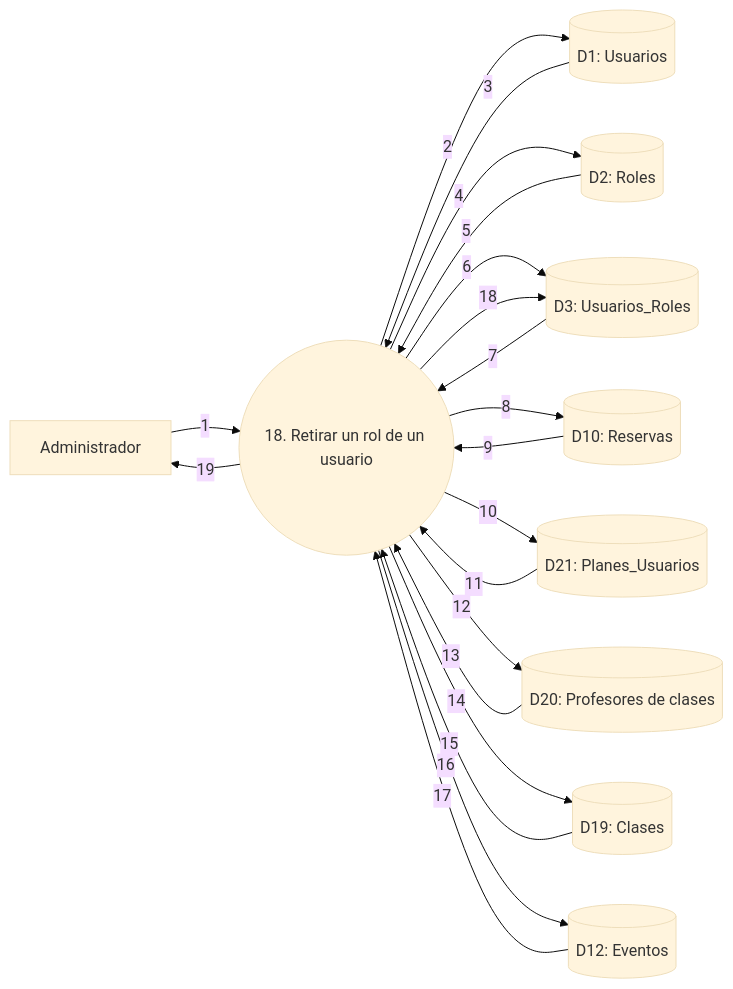
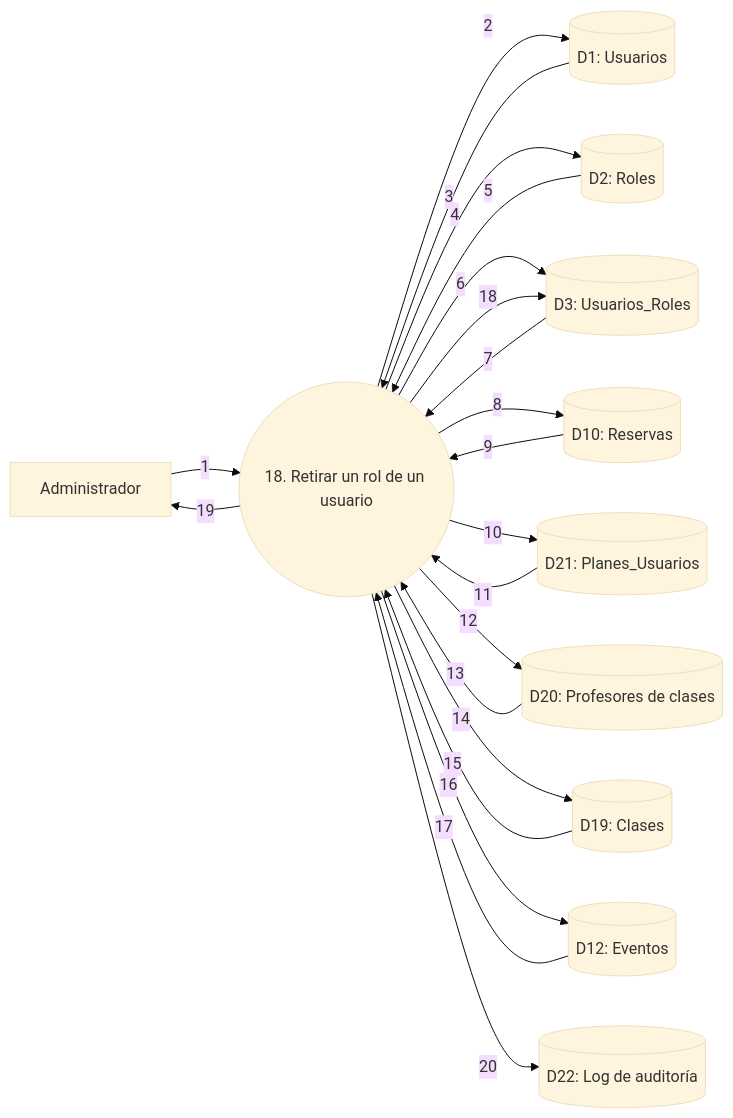
Before and after one commit to fasempertegui/Matchpoint-Taller: diagram 18 of 41 in docs/DFD.md, drawn with Mermaid (base theme). The commit also changed other lines of this file and 48 other files, not shown here.

````diff
--- a/docs/DFD.md
+++ b/docs/DFD.md
@@ -535,33 +564,35 @@
 ```mermaid
 flowchart LR
     A[Administrador]
     P((18. Retirar un rol de un usuario))
     D1[(D1: Usuarios)]
     D2[(D2: Roles)]
     D3[(D3: Usuarios_Roles)]
     D10[(D10: Reservas)]
     D12[(D12: Eventos)]
     D19[(D19: Clases)]
     D20[(D20: Profesores de clases)]
     D21[(D21: Planes_Usuarios)]
+    D22[(D22: Log de auditoría)]
 
     A -->|1| P
     P -->|2| D1
     D1 -->|3| P
     P -->|4| D2
     D2 -->|5| P
     P -->|6| D3
     D3 -->|7| P
     P -->|8| D10
     D10 -->|9| P
     P -->|10| D21
     D21 -->|11| P
     P -->|12| D20
     D20 -->|13| P
     P -->|14| D19
     D19 -->|15| P
     P -->|16| D12
     D12 -->|17| P
     P -->|18| D3
     P -->|19| A
+    P -->|20| D22
 ```
````
